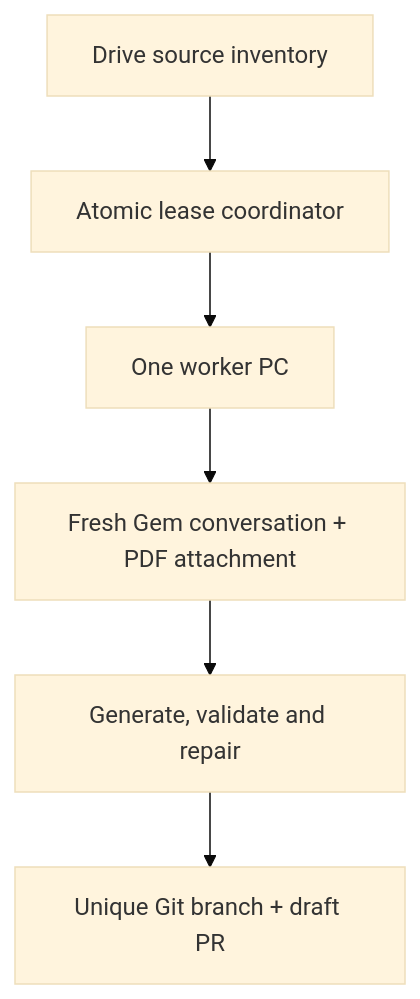
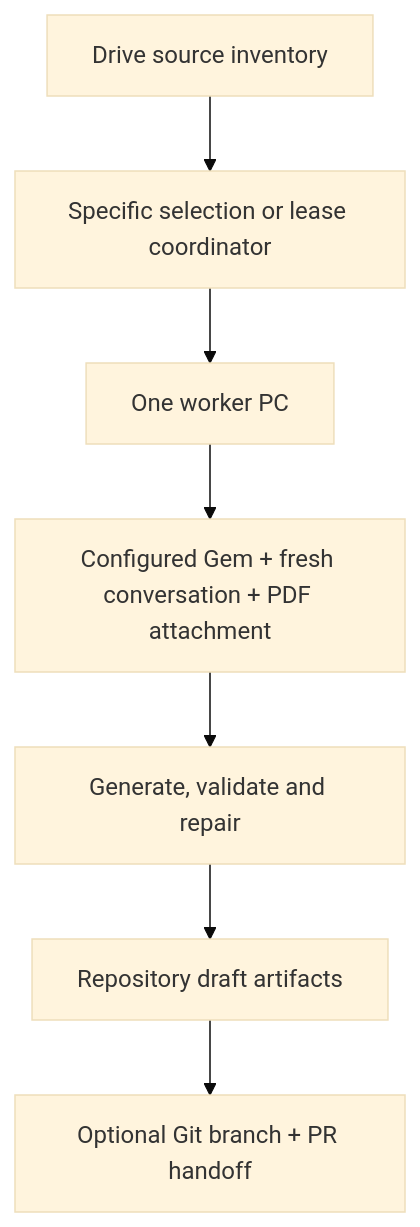
Before and after one commit to tlyoon/brilliant.org-style-learning-apps: the diagram in app_generator/README.md, drawn with Mermaid (base theme). The commit also changed other lines of this file, not shown here.

````diff
--- a/app_generator/README.md
+++ b/app_generator/README.md
@@ -11,8 +13,9 @@
 ```mermaid
 flowchart TD
-    A["Drive source inventory"] --> B["Atomic lease coordinator"]
+    A["Drive source inventory"] --> B["Specific selection or lease coordinator"]
     B --> C["One worker PC"]
-    C --> D["Fresh Gem conversation + PDF attachment"]
+    C --> D["Configured Gem + fresh conversation + PDF attachment"]
     D --> E["Generate, validate and repair"]
-    E --> F["Unique Git branch + draft PR"]
+    E --> F["Repository draft artifacts"]
+    F --> G["Optional Git branch + PR handoff"]
 ```
````
